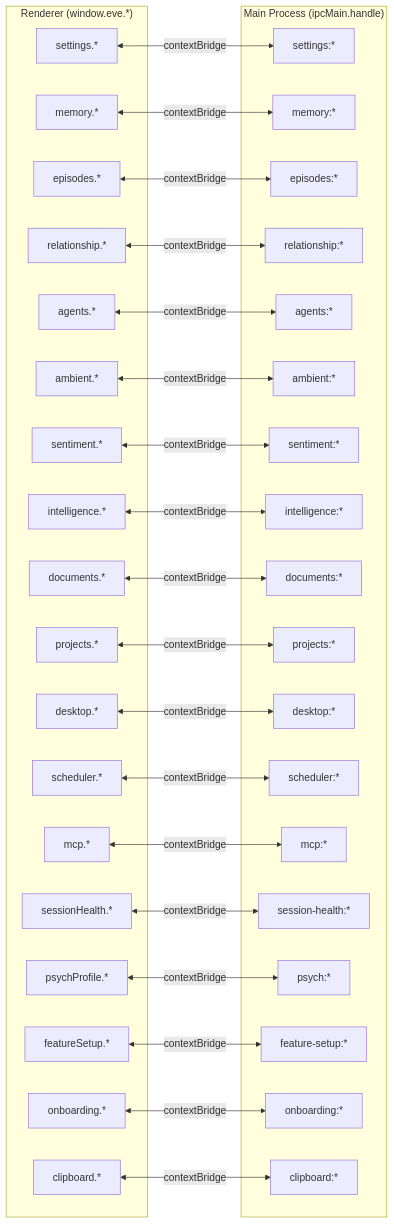
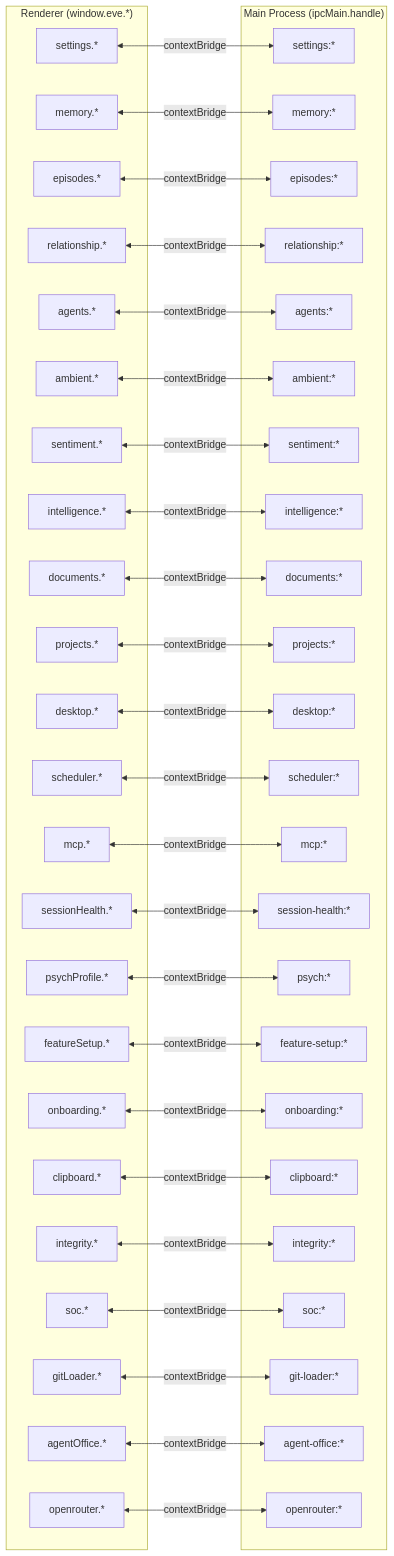
One commit to FutureSpeakAI/Agent-Friday changed the sixth of 17 diagrams in ARCHITECTURE.md. Above: the diagram before and after it, drawn with Mermaid. The commit also changed other lines of this file and 1 other file, not shown here.

First line of the commit message:
Comprehensive documentation rewrite — README and ARCHITECTURE

````diff
--- a/ARCHITECTURE.md
+++ b/ARCHITECTURE.md
@@ -453,63 +536,78 @@
 ```mermaid
 graph LR
     subgraph "Renderer (window.eve.*)"
         R_SETTINGS[settings.*]
         R_MEMORY[memory.*]
         R_EPISODES[episodes.*]
         R_RELATIONSHIP[relationship.*]
         R_AGENTS[agents.*]
         R_AMBIENT[ambient.*]
         R_SENTIMENT[sentiment.*]
         R_INTEL[intelligence.*]
         R_DOCS[documents.*]
         R_PROJECTS[projects.*]
         R_DESKTOP[desktop.*]
         R_SCHEDULER[scheduler.*]
         R_MCP[mcp.*]
         R_SESSION[sessionHealth.*]
         R_PSYCH[psychProfile.*]
         R_FEATURE[featureSetup.*]
         R_ONBOARD[onboarding.*]
         R_CLIPBOARD[clipboard.*]
+        R_INTEGRITY[integrity.*]
+        R_SOC[soc.*]
+        R_GITLOADER[gitLoader.*]
+        R_OFFICE[agentOffice.*]
+        R_OPENROUTER[openrouter.*]
     end
 
     subgraph "Main Process (ipcMain.handle)"
         M_SETTINGS[settings:*]
         M_MEMORY[memory:*]
         M_EPISODES[episodes:*]
         M_RELATIONSHIP[relationship:*]
         M_AGENTS[agents:*]
         M_AMBIENT[ambient:*]
         M_SENTIMENT[sentiment:*]
         M_INTEL[intelligence:*]
         M_DOCS[documents:*]
         M_PROJECTS[projects:*]
         M_DESKTOP[desktop:*]
         M_SCHEDULER[scheduler:*]
         M_MCP[mcp:*]
         M_SESSION[session-health:*]
         M_PSYCH[psych:*]
         M_FEATURE[feature-setup:*]
         M_ONBOARD[onboarding:*]
         M_CLIPBOARD[clipboard:*]
+        M_INTEGRITY[integrity:*]
+        M_SOC[soc:*]
+        M_GITLOADER[git-loader:*]
+        M_OFFICE[agent-office:*]
+        M_OPENROUTER[openrouter:*]
     end
 
     R_SETTINGS <-->|contextBridge| M_SETTINGS
     R_MEMORY <-->|contextBridge| M_MEMORY
     R_EPISODES <-->|contextBridge| M_EPISODES
     R_RELATIONSHIP <-->|contextBridge| M_RELATIONSHIP
     R_AGENTS <-->|contextBridge| M_AGENTS
     R_AMBIENT <-->|contextBridge| M_AMBIENT
     R_SENTIMENT <-->|contextBridge| M_SENTIMENT
     R_INTEL <-->|contextBridge| M_INTEL
     R_DOCS <-->|contextBridge| M_DOCS
     R_PROJECTS <-->|contextBridge| M_PROJECTS
     R_DESKTOP <-->|contextBridge| M_DESKTOP
     R_SCHEDULER <-->|contextBridge| M_SCHEDULER
     R_MCP <-->|contextBridge| M_MCP
     R_SESSION <-->|contextBridge| M_SESSION
     R_PSYCH <-->|contextBridge| M_PSYCH
     R_FEATURE <-->|contextBridge| M_FEATURE
     R_ONBOARD <-->|contextBridge| M_ONBOARD
     R_CLIPBOARD <-->|contextBridge| M_CLIPBOARD
+    R_INTEGRITY <-->|contextBridge| M_INTEGRITY
+    R_SOC <-->|contextBridge| M_SOC
+    R_GITLOADER <-->|contextBridge| M_GITLOADER
+    R_OFFICE <-->|contextBridge| M_OFFICE
+    R_OPENROUTER <-->|contextBridge| M_OPENROUTER
 ```
````
